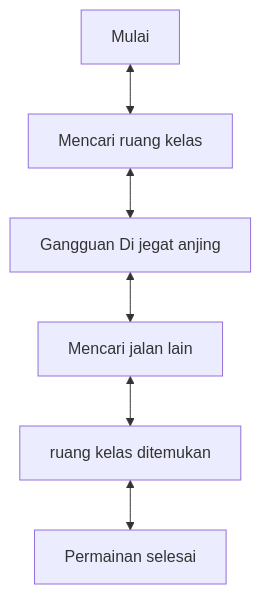
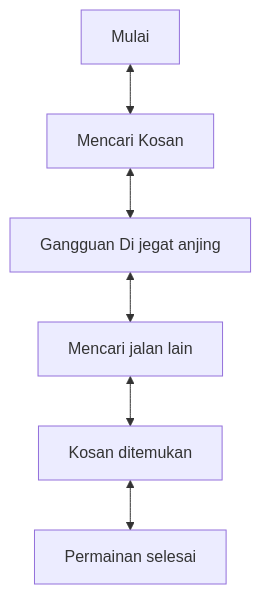
One commit to BaidhowiAlHuseiniHakiki/BaidhowiAlHuseiniHakiki changed the diagram in UTS1_PDP.md. Above: the diagram before and after it, drawn with Mermaid. The commit also changed other lines of this file, not shown here.

````diff
--- a/UTS1_PDP.md
+++ b/UTS1_PDP.md
@@ -31,8 +32,8 @@
 ```mermaid
 flowchart TD
-    A[Mulai] <-->B[Mencari ruang kelas]
+    A[Mulai] <-->B[Mencari Kosan]
     B <--> C[Gangguan Di jegat anjing]
     C <--> D[Mencari jalan lain]
-    D <--> E[ruang kelas ditemukan]
+    D <--> E[Kosan ditemukan]
     E <--> F[Permainan selesai]
 ```
````
